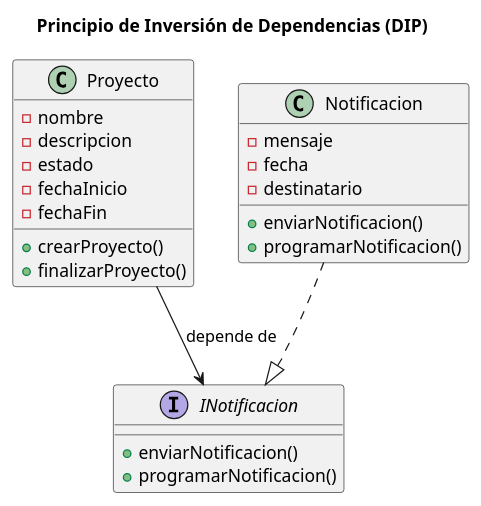
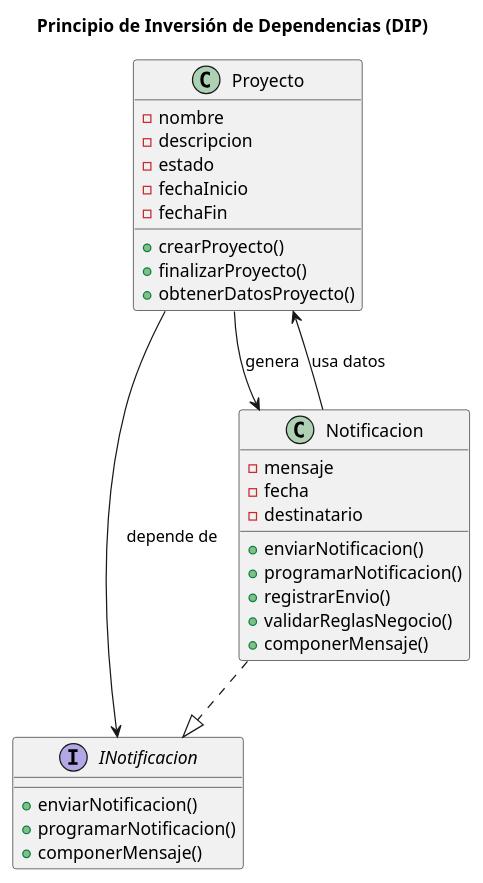
The diagram in diagramas/01-diagrama-clases/01-solid-05-dip.puml (GonzaloBarbano/SistemaProductoraVideos), drawn with PlantUML before and after one commit. The commit also changed other lines of this file and 7 other files, not shown here.

```diff
--- a/diagramas/01-diagrama-clases/01-solid-05-dip.puml
+++ b/diagramas/01-diagrama-clases/01-solid-05-dip.puml
@@ -1,30 +1,38 @@
 @startuml
 title Principio de Inversión de Dependencias (DIP)
 
 interface INotificacion {
     +enviarNotificacion()
     +programarNotificacion()
+    +componerMensaje()
 }
 
 class Proyecto {
     -nombre
     -descripcion
     -estado
     -fechaInicio
     -fechaFin
     +crearProyecto()
     +finalizarProyecto()
+    +obtenerDatosProyecto()
 }
 
 class Notificacion {
     -mensaje
     -fecha
     -destinatario
     +enviarNotificacion()
     +programarNotificacion()
+    +registrarEnvio()
+    +validarReglasNegocio()
+    +componerMensaje()
 }
 
-Proyecto --> INotificacion : depende de 
+Proyecto --> INotificacion : depende de
 Notificacion ..|> INotificacion
 
+Proyecto --> Notificacion : genera
+Notificacion --> Proyecto : usa datos
+
 @enduml
```
